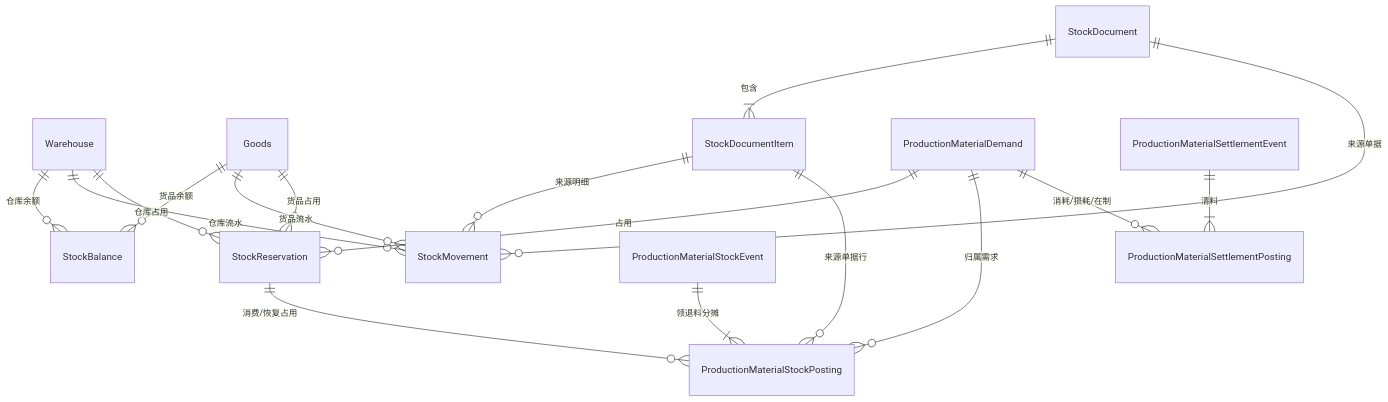
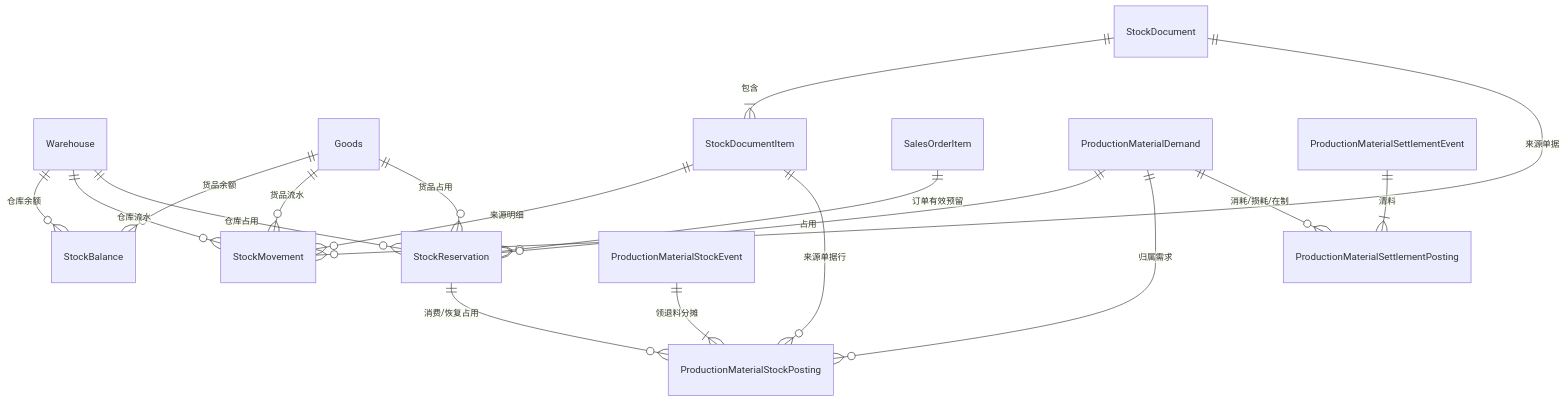
Before and after one commit to BruceChu0424/utenelec_imp: the ninth of 13 diagrams in docs/04-数据模型/ER草图.md, drawn with Mermaid. The commit also changed other lines of this file and 426 other files, not shown here.

````diff
--- a/docs/04-数据模型/ER草图.md
+++ b/docs/04-数据模型/ER草图.md
@@ -129,19 +143,20 @@
 ```mermaid
 erDiagram
     Warehouse ||--o{ StockBalance : "仓库余额"
     Goods ||--o{ StockBalance : "货品余额"
     Warehouse ||--o{ StockMovement : "仓库流水"
     Goods ||--o{ StockMovement : "货品流水"
     StockDocument ||--|{ StockDocumentItem : "包含"
     StockDocument ||--o{ StockMovement : "来源单据"
     StockDocumentItem ||--o{ StockMovement : "来源明细"
     Warehouse ||--o{ StockReservation : "仓库占用"
     Goods ||--o{ StockReservation : "货品占用"
+    SalesOrderItem ||--o{ StockReservation : "订单有效预留"
     ProductionMaterialDemand ||--o{ StockReservation : "占用"
     ProductionMaterialStockEvent ||--|{ ProductionMaterialStockPosting : "领退料分摊"
     StockDocumentItem ||--o{ ProductionMaterialStockPosting : "来源单据行"
     ProductionMaterialDemand ||--o{ ProductionMaterialStockPosting : "归属需求"
     StockReservation ||--o{ ProductionMaterialStockPosting : "消费/恢复占用"
     ProductionMaterialSettlementEvent ||--|{ ProductionMaterialSettlementPosting : "清料"
     ProductionMaterialDemand ||--o{ ProductionMaterialSettlementPosting : "消耗/损耗/在制"
 ```
````
